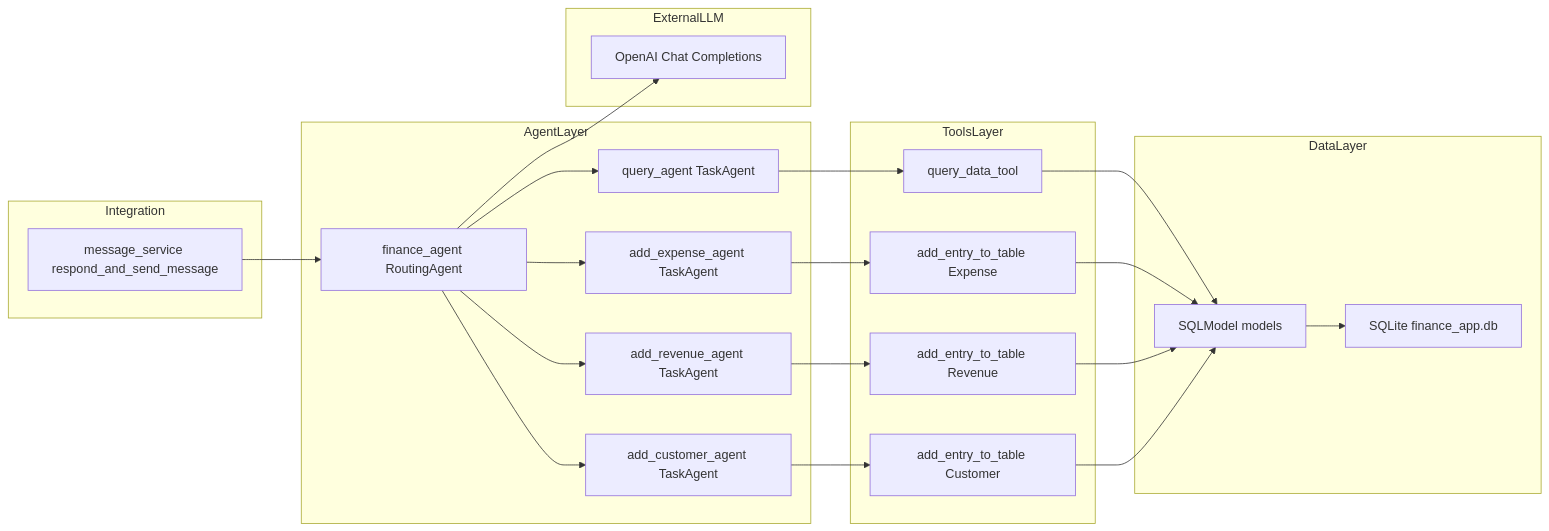
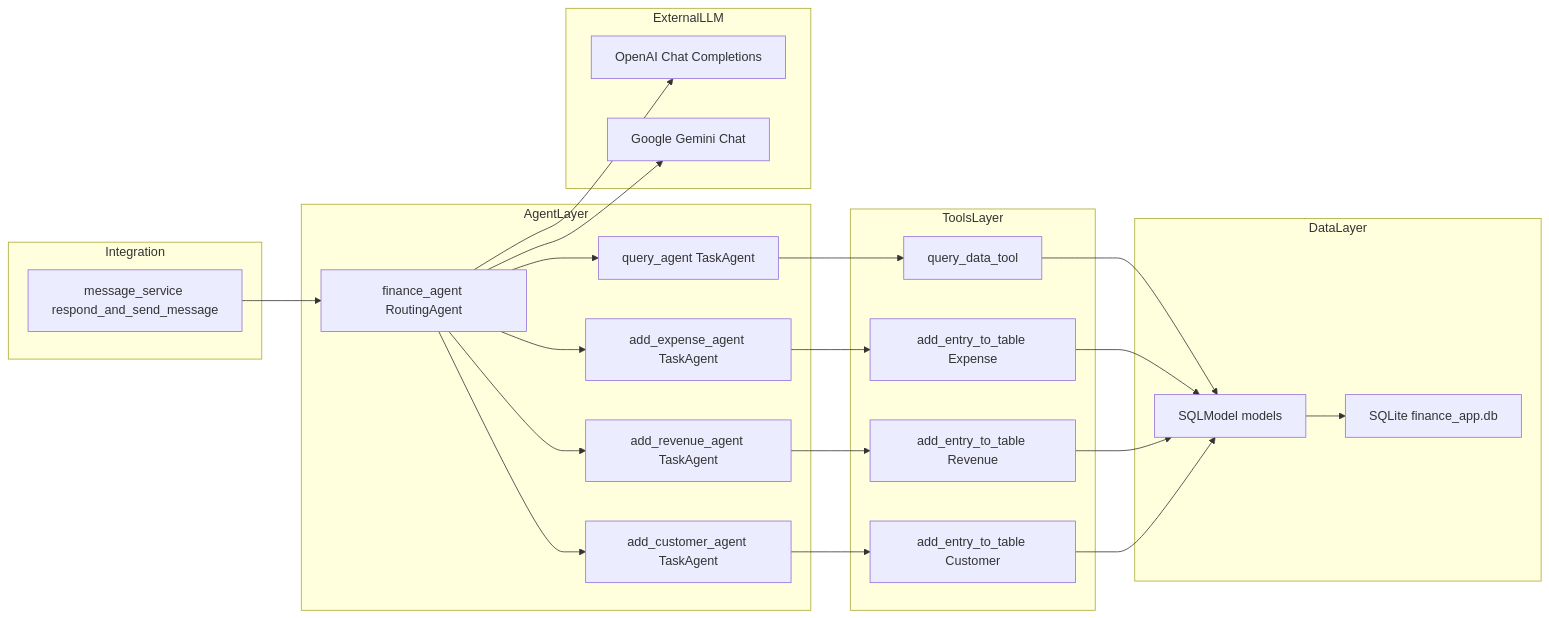
Before and after one commit to lennonconstantino/whatsapp_agent: the second of 2 diagrams in FINANCE_FEATURE.md, drawn with Mermaid. The commit also changed other lines of this file and 3 other files, not shown here.

````diff
--- a/FINANCE_FEATURE.md
+++ b/FINANCE_FEATURE.md
@@ -281,49 +281,51 @@
 ```mermaid
 flowchart LR
   subgraph Integration
     message_service[message_service respond_and_send_message]
   end
 
   subgraph AgentLayer
     finance_agent[finance_agent RoutingAgent]
     query_agent[query_agent TaskAgent]
     add_expense_agent[add_expense_agent TaskAgent]
     add_revenue_agent[add_revenue_agent TaskAgent]
     add_customer_agent[add_customer_agent TaskAgent]
   end
 
   subgraph ToolsLayer
     query_tool[query_data_tool]
     add_expense_tool[add_entry_to_table Expense]
     add_revenue_tool[add_entry_to_table Revenue]
     add_customer_tool[add_entry_to_table Customer]
   end
 
   subgraph DataLayer
     models[SQLModel models]
     db[SQLite finance_app.db]
   end
 
   subgraph ExternalLLM
     openai_chat[OpenAI Chat Completions]
+    gemini_chat[Google Gemini Chat]
   end
 
   message_service --> finance_agent
   finance_agent --> query_agent
   finance_agent --> add_expense_agent
   finance_agent --> add_revenue_agent
   finance_agent --> add_customer_agent
 
   query_agent --> query_tool
   add_expense_agent --> add_expense_tool
   add_revenue_agent --> add_revenue_tool
   add_customer_agent --> add_customer_tool
 
   query_tool --> models
   add_expense_tool --> models
   add_revenue_tool --> models
   add_customer_tool --> models
 
   models --> db
   finance_agent --> openai_chat
+  finance_agent --> gemini_chat
 ```
````
